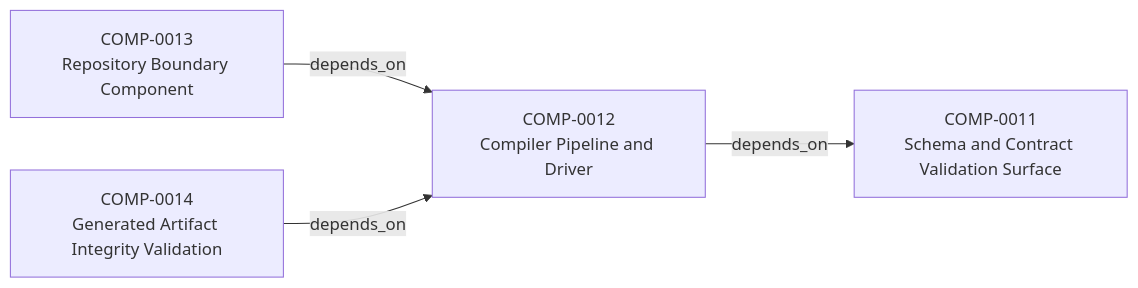
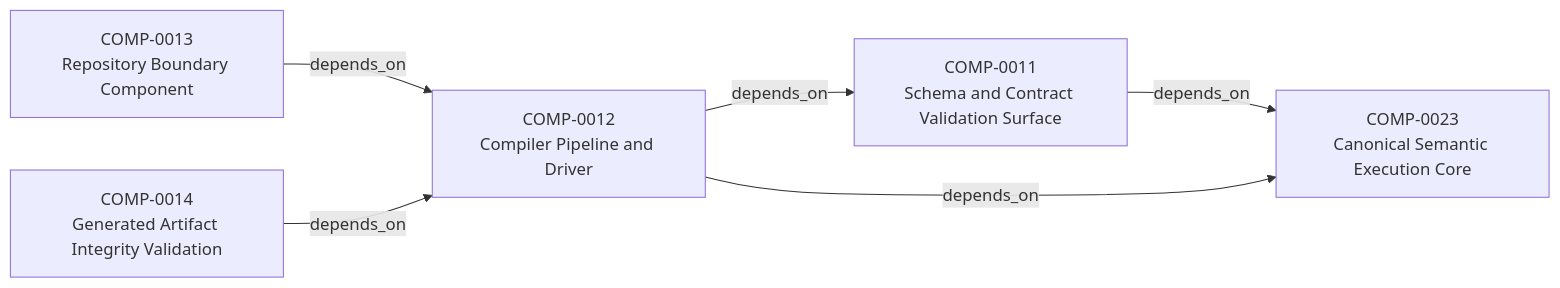
The first of 3 diagrams in adrs/adr-projection/physical-system/ADR-PS-0002-adr-kit-authoring-compiler-and-validation-system.md (egallmann/adr-architecture-kit), drawn with Mermaid before and after one commit. The commit also changed other lines of this file and 36 other files, not shown here.

Commit message:
docs: establish canonical semantic core architecture

````diff
--- a/adrs/adr-projection/physical-system/ADR-PS-0002-adr-kit-authoring-compiler-and-validation-system.md
+++ b/adrs/adr-projection/physical-system/ADR-PS-0002-adr-kit-authoring-compiler-and-validation-system.md
@@ -123,10 +114,13 @@
 ```mermaid
 flowchart LR
   n_019fee89_e617_7060_8f3f_4ecd46a719da["COMP-0011<br/>Schema and Contract Validation Surface"]
   n_019fee89_e617_76ad_9336_b3615a6e4bde["COMP-0012<br/>Compiler Pipeline and Driver"]
   n_019fee89_e618_74d1_9a1f_37e2c2982a51["COMP-0013<br/>Repository Boundary Component"]
   n_019fee89_e618_781c_831f_0d5fe24f7d85["COMP-0014<br/>Generated Artifact Integrity Validation"]
+  n_01a10e4c_9ea8_76a2_93f7_8fbfd4c11741["COMP-0023<br/>Canonical Semantic Execution Core"]
+  n_019fee89_e617_7060_8f3f_4ecd46a719da -->|"depends_on"| n_01a10e4c_9ea8_76a2_93f7_8fbfd4c11741
   n_019fee89_e617_76ad_9336_b3615a6e4bde -->|"depends_on"| n_019fee89_e617_7060_8f3f_4ecd46a719da
+  n_019fee89_e617_76ad_9336_b3615a6e4bde -->|"depends_on"| n_01a10e4c_9ea8_76a2_93f7_8fbfd4c11741
   n_019fee89_e618_74d1_9a1f_37e2c2982a51 -->|"depends_on"| n_019fee89_e617_76ad_9336_b3615a6e4bde
   n_019fee89_e618_781c_831f_0d5fe24f7d85 -->|"depends_on"| n_019fee89_e617_76ad_9336_b3615a6e4bde
 ```
````
